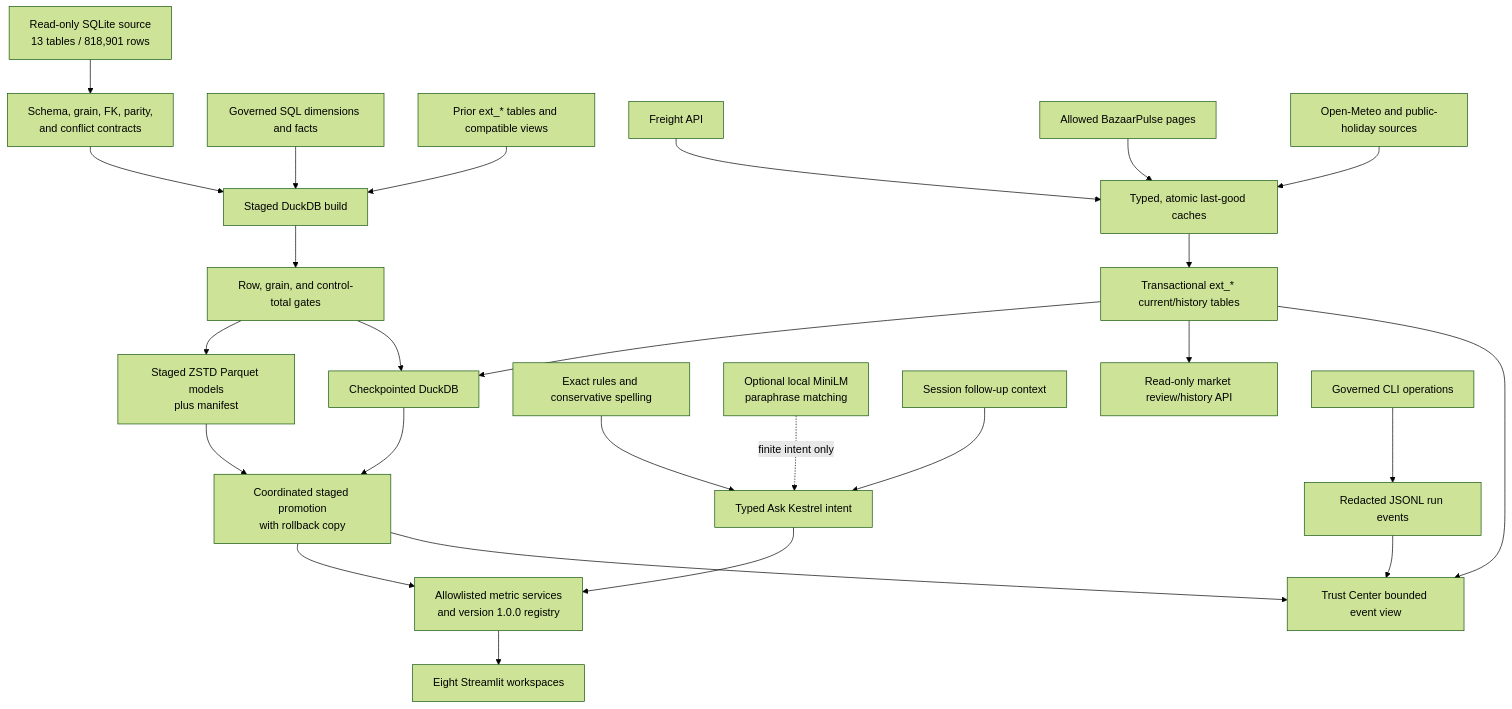
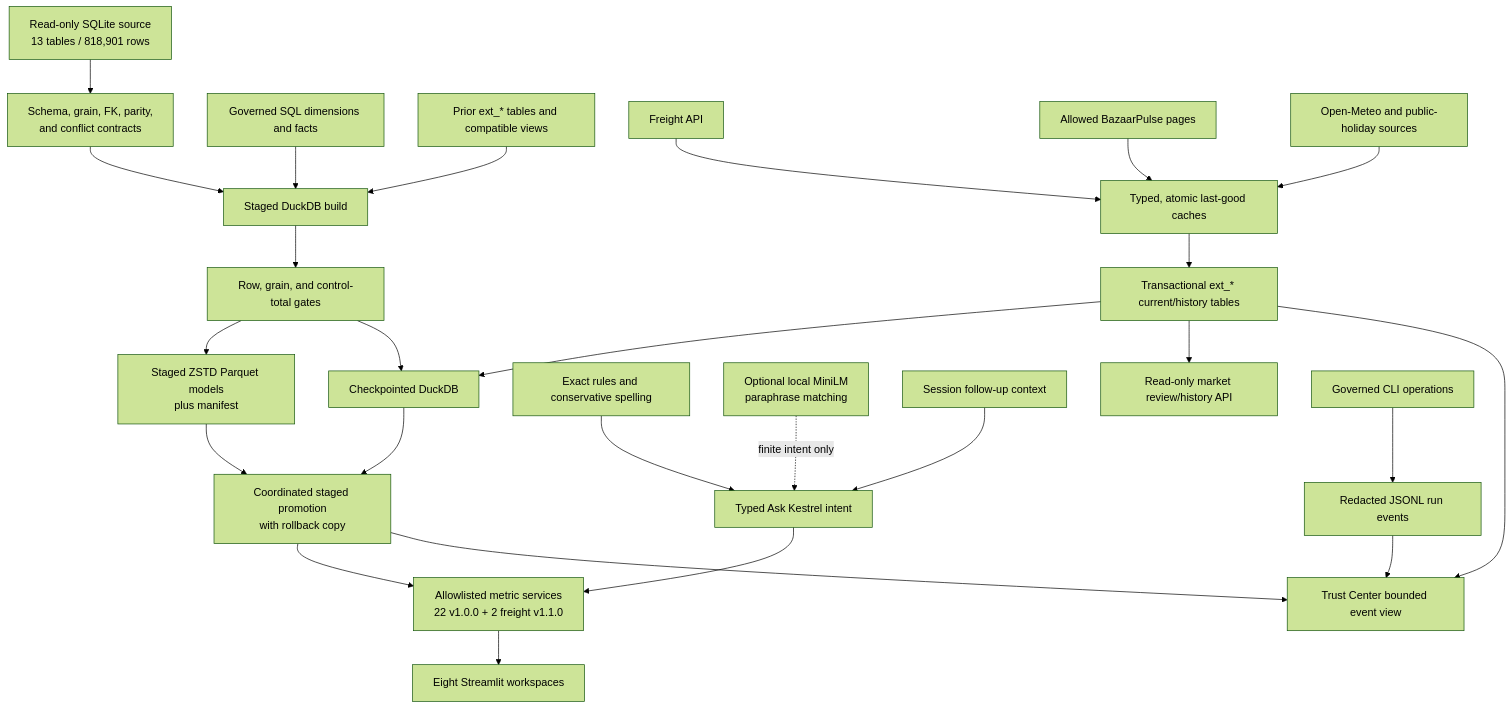
The second of 2 diagrams in docs/ARCHITECTURE.md (starky498/kestrel-control-tower), drawn with Mermaid (forest theme) before and after one commit. The commit also changed other lines of this file and 17 other files, not shown here.

````diff
--- a/docs/ARCHITECTURE.md
+++ b/docs/ARCHITECTURE.md
@@ -41,30 +41,30 @@
 ```mermaid
 flowchart TB
     SRC["Read-only SQLite source\n13 tables / 818,901 rows"] --> VAL["Schema, grain, FK, parity,\nand conflict contracts"]
     VAL --> STAGE["Staged DuckDB build"]
     SQL["Governed SQL dimensions and facts"] --> STAGE
     PRIOR["Prior ext_* tables and compatible views"] --> STAGE
     STAGE --> CHECK["Row, grain, and control-total gates"]
     CHECK --> PQ["Staged ZSTD Parquet models\nplus manifest"]
     CHECK --> DB["Checkpointed DuckDB"]
     PQ --> PROMOTE["Coordinated staged promotion\nwith rollback copy"]
     DB --> PROMOTE
 
     FRE["Freight API"] --> CACHE["Typed, atomic last-good caches"]
     BAZ["Allowed BazaarPulse pages"] --> CACHE
     CTX["Open-Meteo and public-holiday sources"] --> CACHE
     CACHE --> EXT["Transactional ext_* current/history tables"]
     EXT --> DB
 
-    PROMOTE --> METRIC["Allowlisted metric services\nand version 1.0.0 registry"]
+    PROMOTE --> METRIC["Allowlisted metric services\n22 v1.0.0 + 2 freight v1.1.0"]
     METRIC --> UI["Eight Streamlit workspaces"]
     RULES["Exact rules and conservative spelling"] --> ASK["Typed Ask Kestrel intent"]
     LOCAL["Optional local MiniLM\nparaphrase matching"] -. "finite intent only" .-> ASK
     MEMORY["Session follow-up context"] --> ASK
     ASK --> METRIC
     EXT --> API["Read-only market review/history API"]
     CLI["Governed CLI operations"] --> LOG["Redacted JSONL run events"]
     LOG --> TRUST["Trust Center bounded event view"]
     PROMOTE --> TRUST
     EXT --> TRUST
 ```
````
